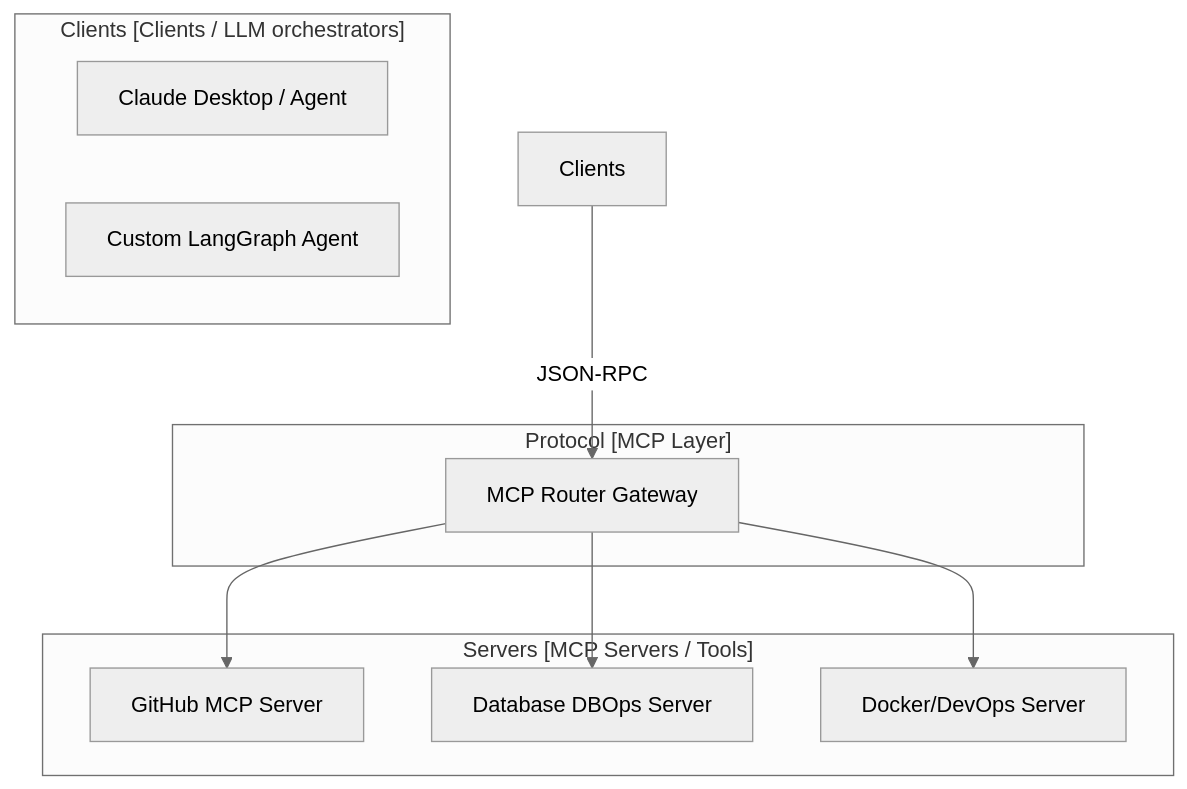
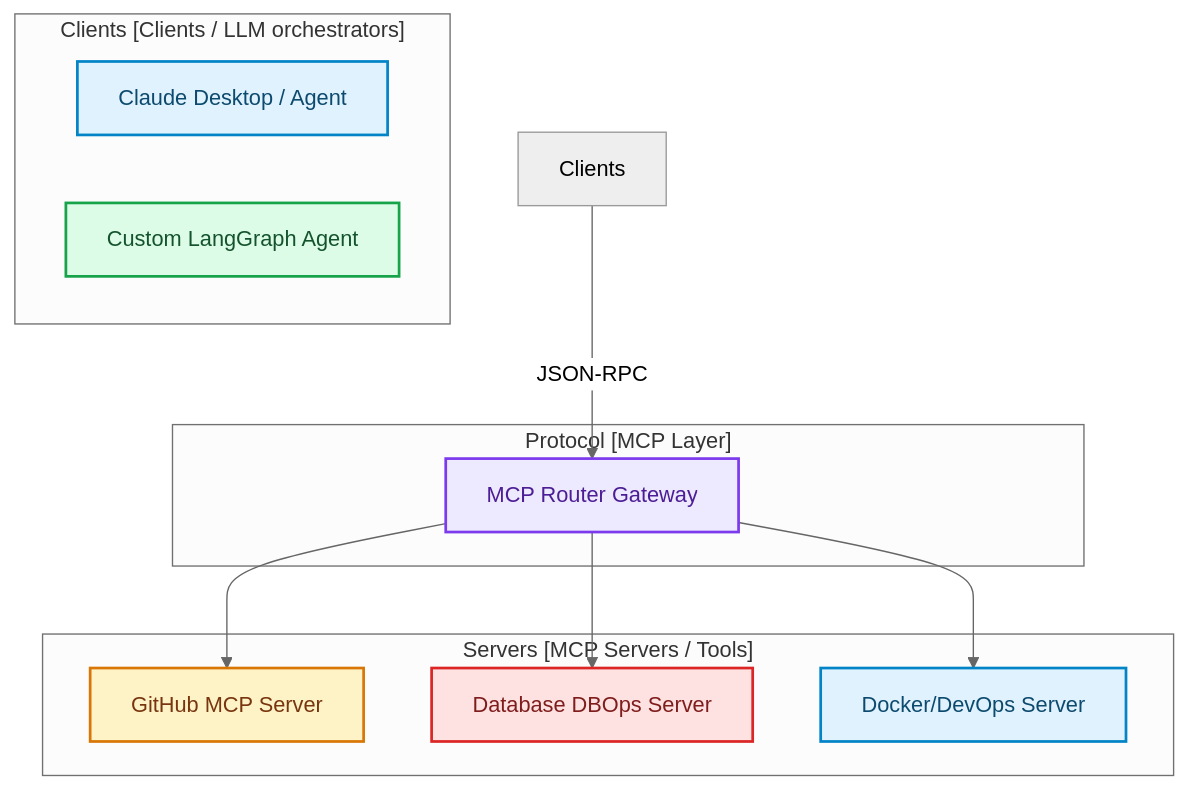
Before and after one commit to akmalkhaniub/akmalkhaniub.github.io: the diagram in blog/posts/mcp-a2a-agent-interoperability.md, drawn with Mermaid (neutral theme). The commit also changed other lines of this file and 1291 other files, not shown here.

First line of the commit message:
feat(catalog): unique covers, scholarly references, and diagram palettes

````diff
--- a/blog/posts/mcp-a2a-agent-interoperability.md
+++ b/blog/posts/mcp-a2a-agent-interoperability.md
@@ -18,22 +18,33 @@
 ```mermaid
 flowchart TD
     subgraph SG1_ClientsClientsLlm ["Clients [Clients / LLM orchestrators]"]
-        Claude[Claude Desktop / Agent]
-        CustomAgent[Custom LangGraph Agent]
+        Claude["Claude Desktop / Agent"]
+        CustomAgent["Custom LangGraph Agent"]
     end
     
     subgraph SG2_ProtocolMcpLayer ["Protocol [MCP Layer]"]
-        MCP_Gate[MCP Router Gateway]
+        MCP_Gate["MCP Router Gateway"]
     end
     
     subgraph SG3_ServersMcpServers ["Servers [MCP Servers / Tools]"]
-        Git[GitHub MCP Server]
-        DB[Database DBOps Server]
-        DevOps[Docker/DevOps Server]
+        Git["GitHub MCP Server"]
+        DB["Database DBOps Server"]
+        DevOps["Docker/DevOps Server"]
     end
     
     Clients -->|JSON-RPC| MCP_Gate
     MCP_Gate --> Git
     MCP_Gate --> DB
     MCP_Gate --> DevOps
+
+classDef green fill:#dcfce7,stroke:#16a34a,stroke-width:2px,color:#14532d;
+classDef red fill:#fee2e2,stroke:#dc2626,stroke-width:2px,color:#7f1d1d;
+classDef blue fill:#e0f2fe,stroke:#0284c7,stroke-width:2px,color:#0c4a6e;
+classDef yellow fill:#fef3c7,stroke:#d97706,stroke-width:2px,color:#78350f;
+classDef purple fill:#ede9fe,stroke:#7c3aed,stroke-width:2px,color:#4c1d95;
+class Claude,DevOps blue
+class CustomAgent green
+class MCP_Gate purple
+class Git yellow
+class DB red
 ```
````
